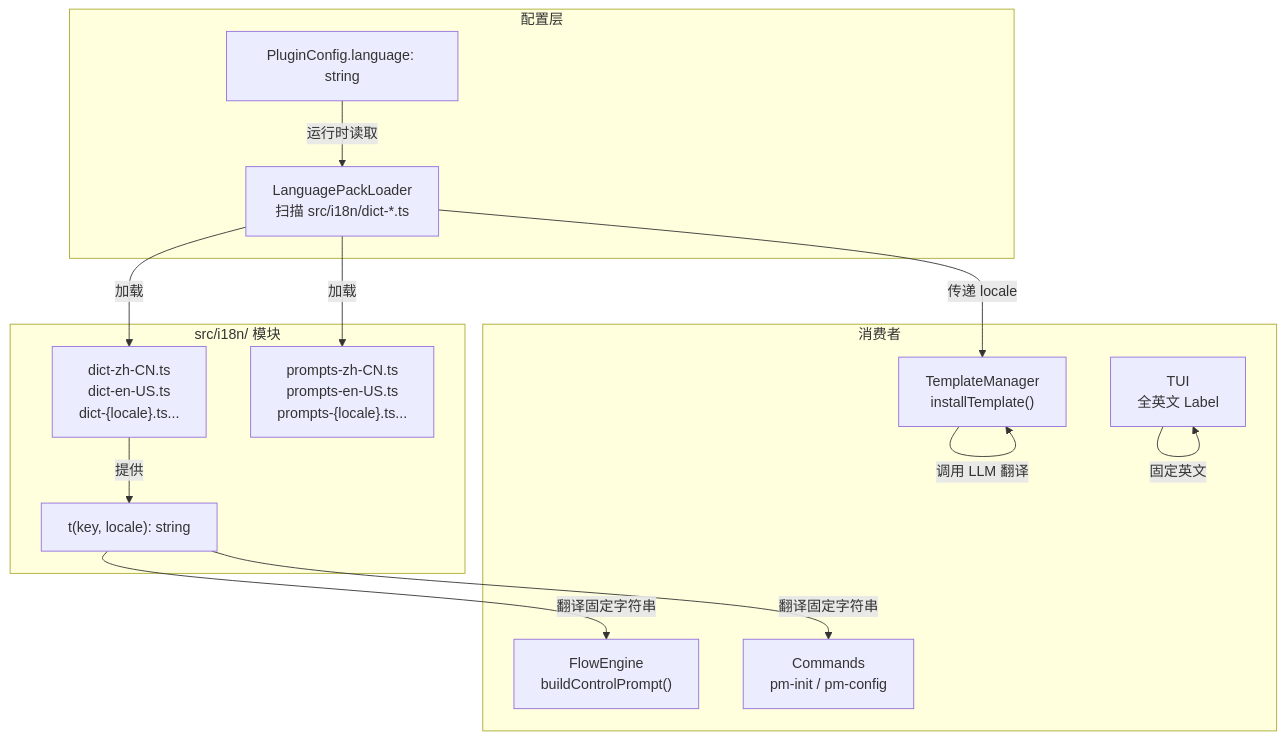
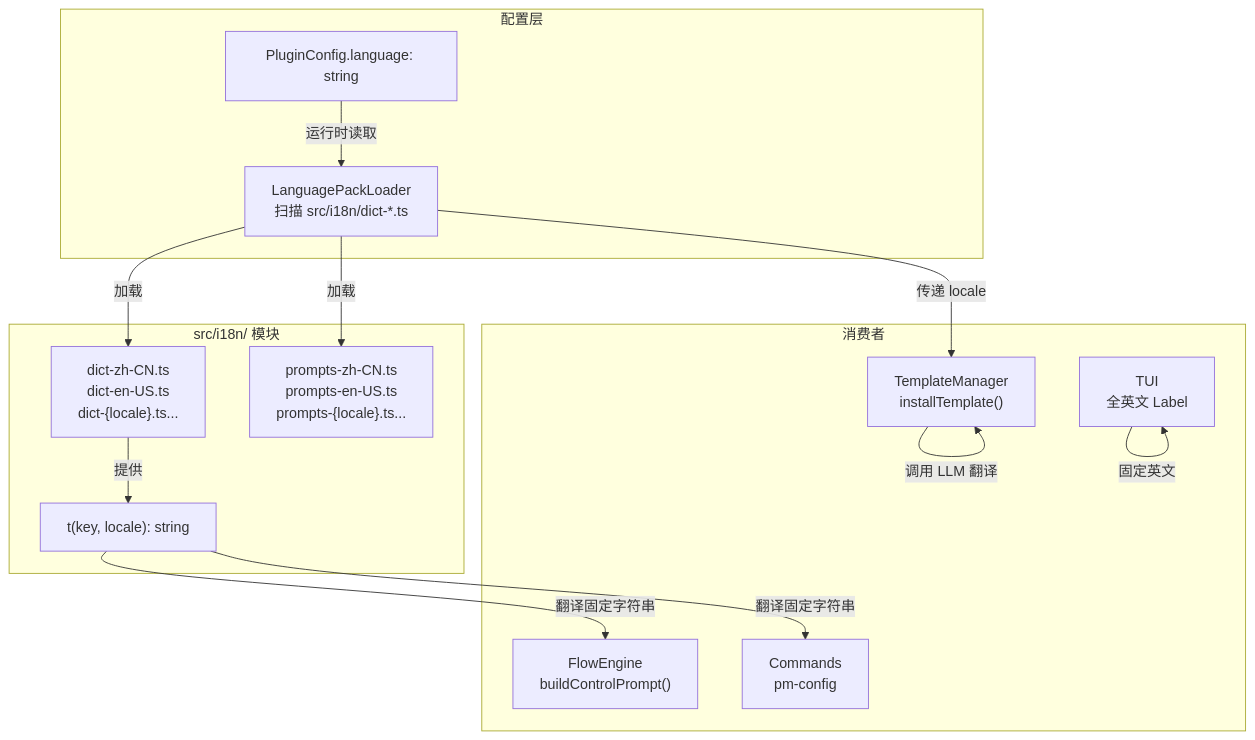
The first of 3 diagrams in docs/spec/vibe-pm-i18n-support.md (hank-cp/opencode-vibe-pm), drawn with Mermaid before and after one commit. The commit also changed 6 other files, not shown here.

````diff
--- a/docs/spec/vibe-pm-i18n-support.md
+++ b/docs/spec/vibe-pm-i18n-support.md
@@ -93,30 +93,30 @@
 ```mermaid
 graph TB
     subgraph Config["配置层"]
         PC["PluginConfig.language: string"]
         Loader["LanguagePackLoader<br/>扫描 src/i18n/dict-*.ts"]
     end
 
     subgraph I18N["src/i18n/ 模块"]
         T["t(key, locale): string"]
         Dicts["dict-zh-CN.ts<br/>dict-en-US.ts<br/>dict-{locale}.ts..."]
         Prompts["prompts-zh-CN.ts<br/>prompts-en-US.ts<br/>prompts-{locale}.ts..."]
     end
 
     subgraph Consumers["消费者"]
         FE["FlowEngine<br/>buildControlPrompt()"]
         TM["TemplateManager<br/>installTemplate()"]
-        CMD["Commands<br/>pm-init / pm-config"]
+        CMD["Commands<br/>pm-config"]
         TUI["TUI<br/>全英文 Label"]
     end
 
     PC -->|"运行时读取"| Loader
     Loader -->|"加载"| Dicts
     Loader -->|"加载"| Prompts
     Dicts -->|"提供"| T
     T -->|"翻译固定字符串"| FE
     T -->|"翻译固定字符串"| CMD
     Loader -->|"传递 locale"| TM
     TM -->|"调用 LLM 翻译"| TM
     TUI -->|"固定英文"| TUI
 ```
````
